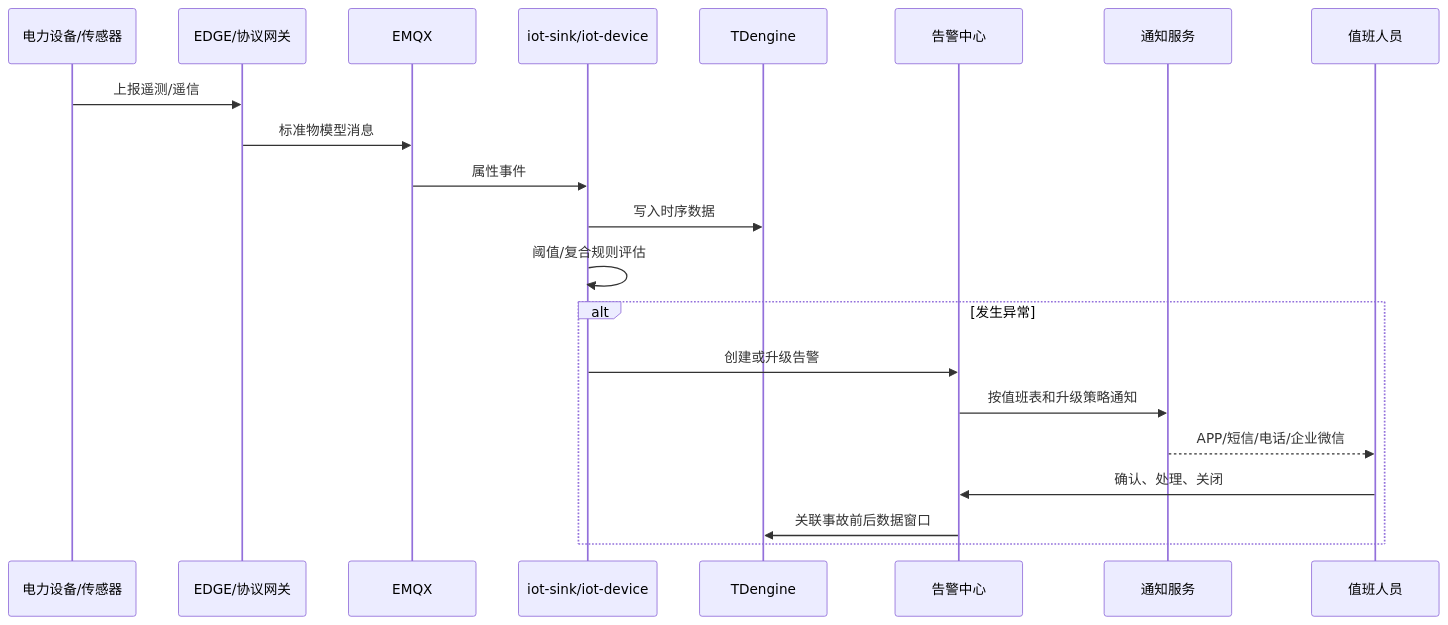
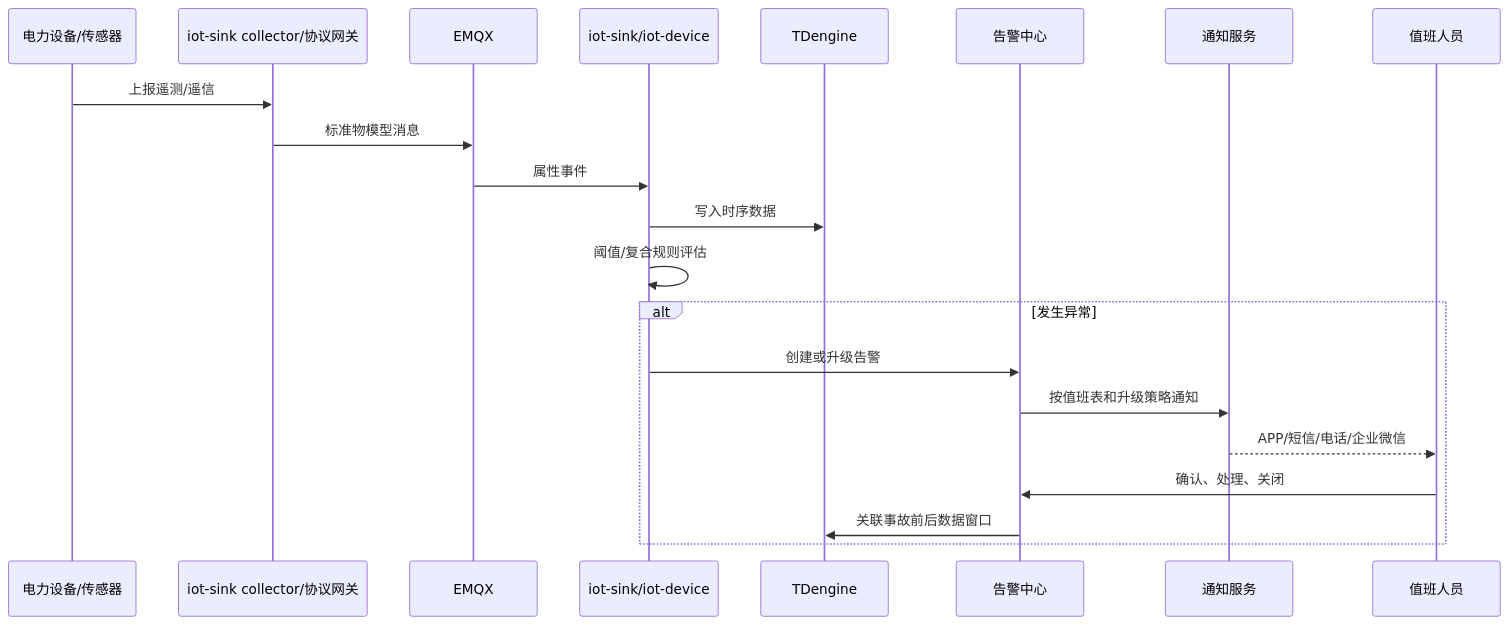
One commit to qingjian1984/easyaiot changed the fourth of 8 diagrams in .doc/架构设计/平台功能计划.md. Above: the diagram before and after it, drawn with Mermaid. The commit also changed other lines of this file and 31 other files, not shown here.

````diff
--- a/.doc/架构设计/平台功能计划.md
+++ b/.doc/架构设计/平台功能计划.md
@@ -273,24 +355,24 @@
 ```mermaid
 sequenceDiagram
   participant D as 电力设备/传感器
-  participant E as EDGE/协议网关
+  participant E as iot-sink collector/协议网关
   participant M as EMQX
   participant S as iot-sink/iot-device
   participant T as TDengine
   participant A as 告警中心
   participant N as 通知服务
   participant U as 值班人员
 
   D->>E: 上报遥测/遥信
   E->>M: 标准物模型消息
   M->>S: 属性事件
   S->>T: 写入时序数据
   S->>S: 阈值/复合规则评估
   alt 发生异常
     S->>A: 创建或升级告警
     A->>N: 按值班表和升级策略通知
     N-->>U: APP/短信/电话/企业微信
     U->>A: 确认、处理、关闭
     A->>T: 关联事故前后数据窗口
   end
 ```
````
